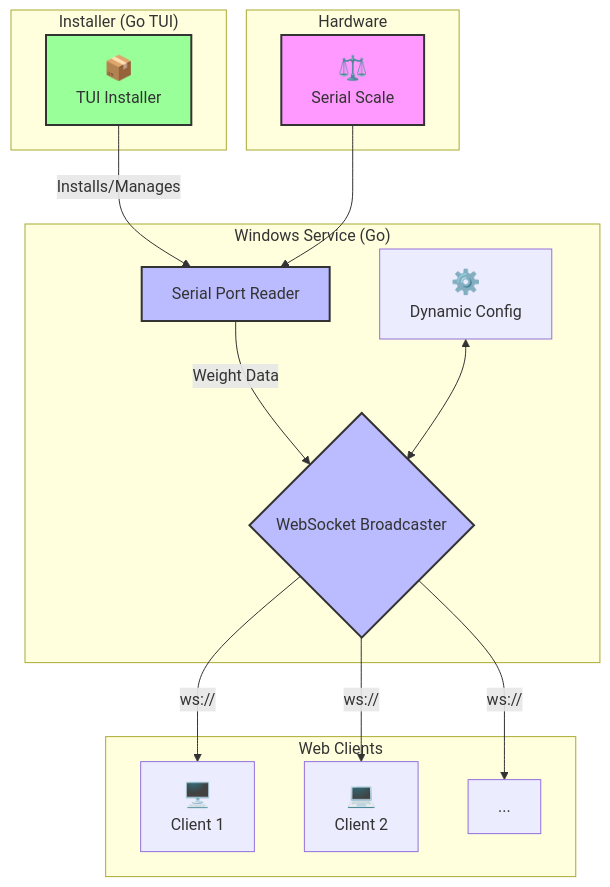
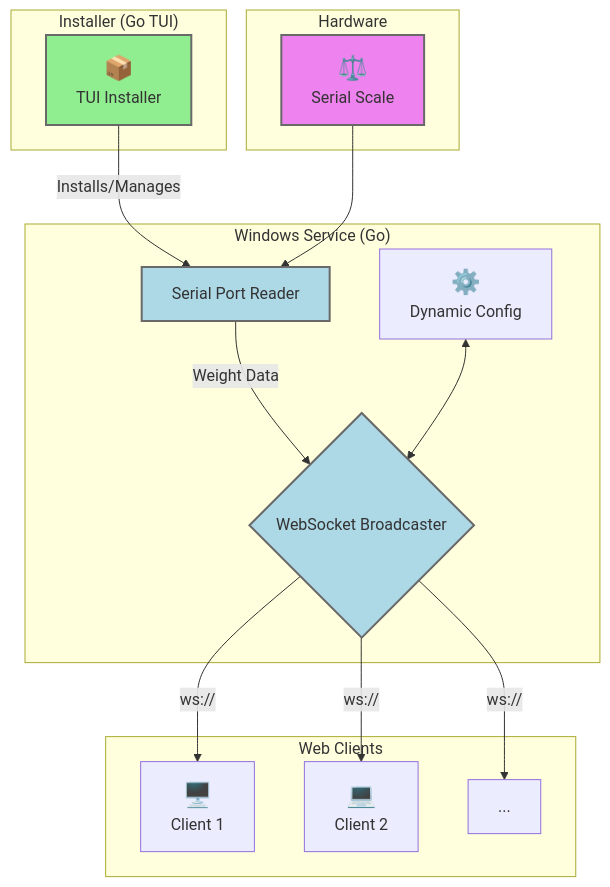
The diagram in README.md (adcondev/scale-daemon), drawn with Mermaid before and after one commit.

````diff
--- a/README.md
+++ b/README.md
@@ -43,31 +43,31 @@
 ```mermaid
 graph TD
     subgraph "Hardware"
         Scale[<font size=5>⚖️</font><br>Serial Scale]
     end
 
     subgraph "Windows Service (Go)"
         A[Serial Port Reader] -->|Weight Data| B{WebSocket Broadcaster}
         C[<font size=5>⚙️</font><br>Dynamic Config] <--> B
     end
 
     subgraph "Web Clients"
         D[<font size=5>🖥️</font><br>Client 1]
         E[<font size=5>💻</font><br>Client 2]
         F[...]
     end
 
     subgraph "Installer (Go TUI)"
         Installer[<font size=5>📦</font><br>TUI Installer] -->|Installs/Manages| A
     end
 
     Scale --> A
     B -- ws:// --> D
     B -- ws:// --> E
     B -- ws:// --> F
 
-    style Scale fill:#f9f,stroke:#333,stroke-width:2px
-    style A fill:#bbf,stroke:#333,stroke-width:2px
-    style B fill:#bbf,stroke:#333,stroke-width:2px
-    style Installer fill:#9f9,stroke:#333,stroke-width:2px
+    style Scale fill:violet,stroke:dimgray,stroke-width:2px
+    style A fill:lightblue,stroke:dimgray,stroke-width:2px
+    style B fill:lightblue,stroke:dimgray,stroke-width:2px
+    style Installer fill:lightgreen,stroke:dimgray,stroke-width:2px
 ```
````
